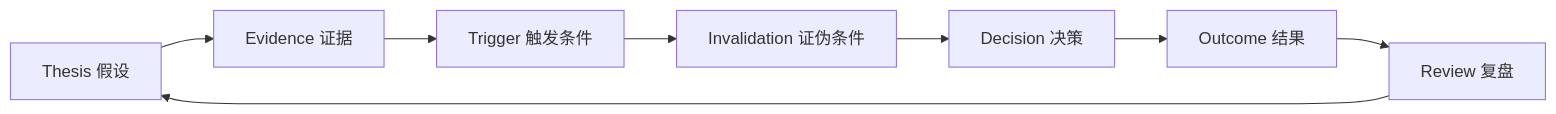
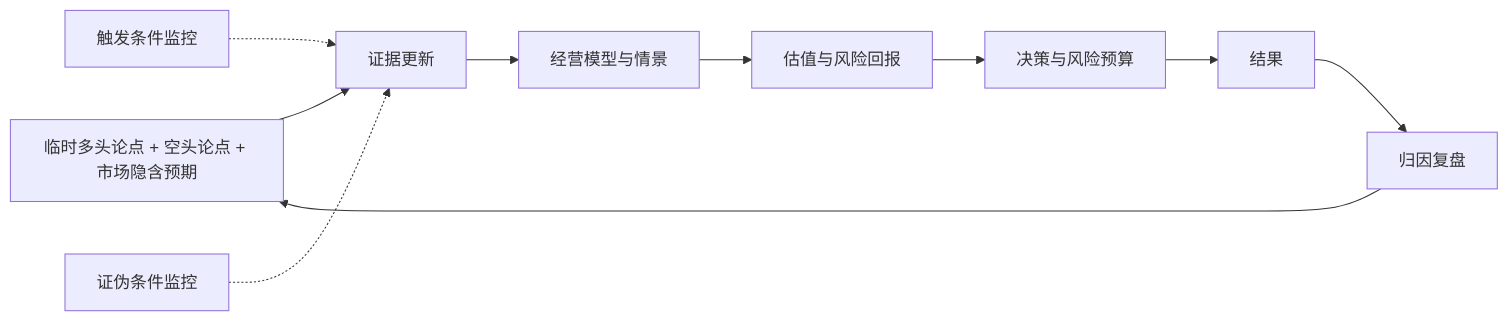
The fourth of 4 diagrams in docs/guides/lin-ai-supply-chain-investing-tutorial-zh-cn.md (dake2482/atlas-macro), drawn with Mermaid before and after one commit. The commit also changed other lines of this file and 1 other file, not shown here.

````diff
--- a/docs/guides/lin-ai-supply-chain-investing-tutorial-zh-cn.md
+++ b/docs/guides/lin-ai-supply-chain-investing-tutorial-zh-cn.md
@@ -3411,10 +2959,12 @@
 ```mermaid
 flowchart LR
-    A["Thesis 假设"] --> B["Evidence 证据"]
-    B --> C["Trigger 触发条件"]
-    C --> D["Invalidation 证伪条件"]
-    D --> E["Decision 决策"]
-    E --> F["Outcome 结果"]
-    F --> G["Review 复盘"]
+    A["临时多头论点 + 空头论点 + 市场隐含预期"] --> B["证据更新"]
+    B --> C["经营模型与情景"]
+    C --> D["估值与风险回报"]
+    D --> E["决策与风险预算"]
+    E --> F["结果"]
+    F --> G["归因复盘"]
     G --> A
+    H["触发条件监控"] -.-> B
+    I["证伪条件监控"] -.-> B
 ```
````
